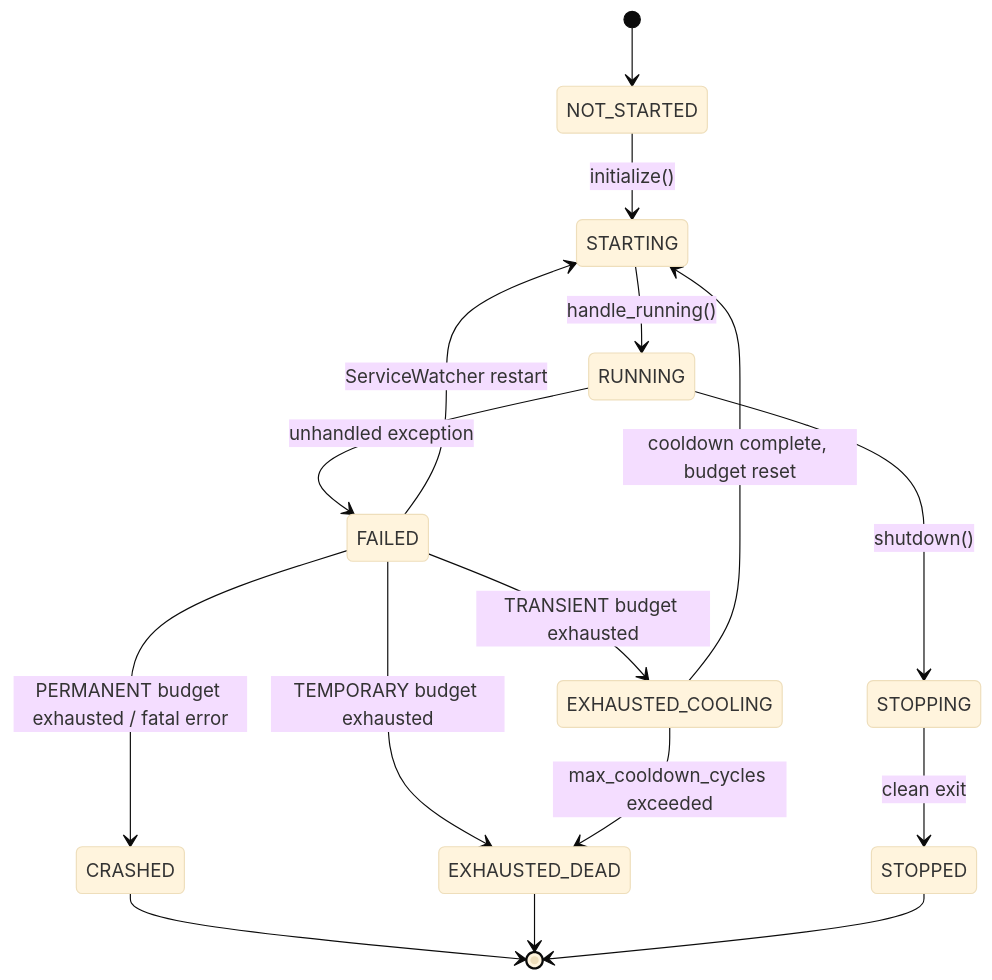
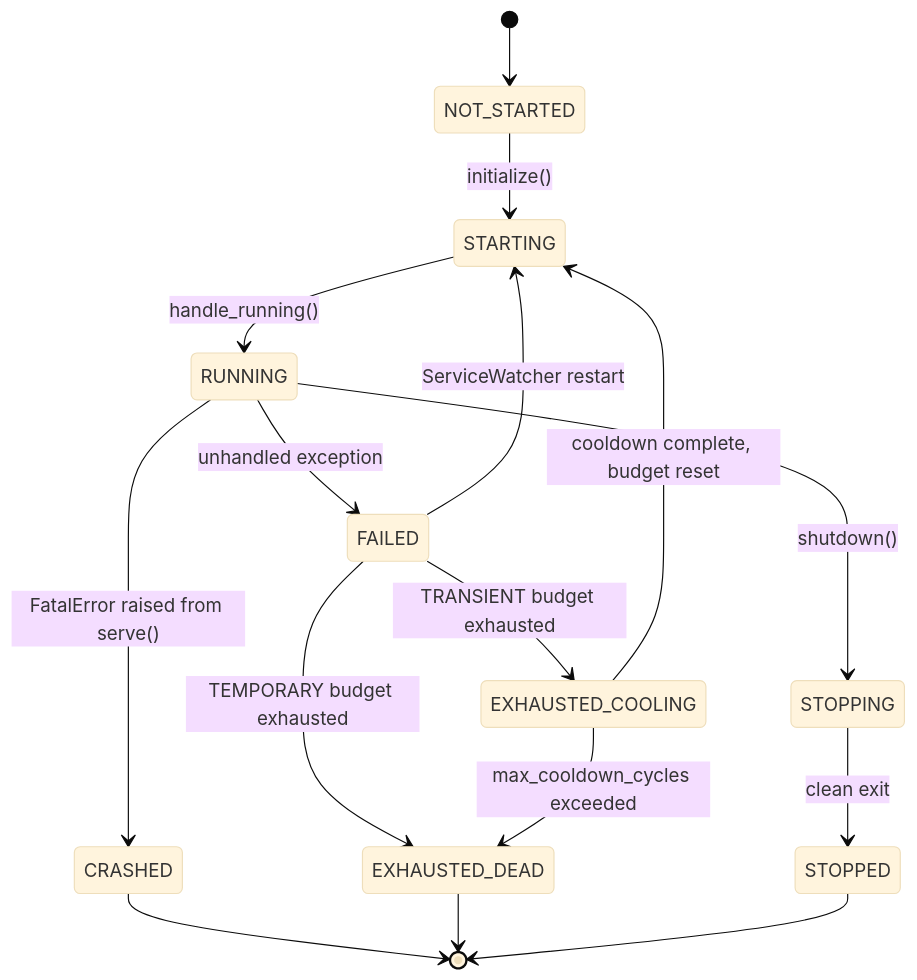
Before and after one commit to NodeJSmith/hassette: the diagram in docs/pages/core-concepts/internals/lifecycle.md, drawn with Mermaid (base theme). The commit also changed other lines of this file and 39 other files, not shown here.

````diff
--- a/docs/pages/core-concepts/internals/lifecycle.md
+++ b/docs/pages/core-concepts/internals/lifecycle.md
@@ -81,18 +81,18 @@
 ```mermaid
 stateDiagram-v2
     [*] --> NOT_STARTED
     NOT_STARTED --> STARTING : initialize()
     STARTING --> RUNNING : handle_running()
     RUNNING --> STOPPING : shutdown()
     RUNNING --> FAILED : unhandled exception
     STOPPING --> STOPPED : clean exit
     FAILED --> STARTING : ServiceWatcher restart
     FAILED --> EXHAUSTED_COOLING : TRANSIENT budget exhausted
     FAILED --> EXHAUSTED_DEAD : TEMPORARY budget exhausted
-    FAILED --> CRASHED : PERMANENT budget exhausted / fatal error
+    RUNNING --> CRASHED : FatalError raised from serve()
     EXHAUSTED_COOLING --> STARTING : cooldown complete, budget reset
     EXHAUSTED_COOLING --> EXHAUSTED_DEAD : max_cooldown_cycles exceeded
     CRASHED --> [*]
     EXHAUSTED_DEAD --> [*]
     STOPPED --> [*]
 ```
````
